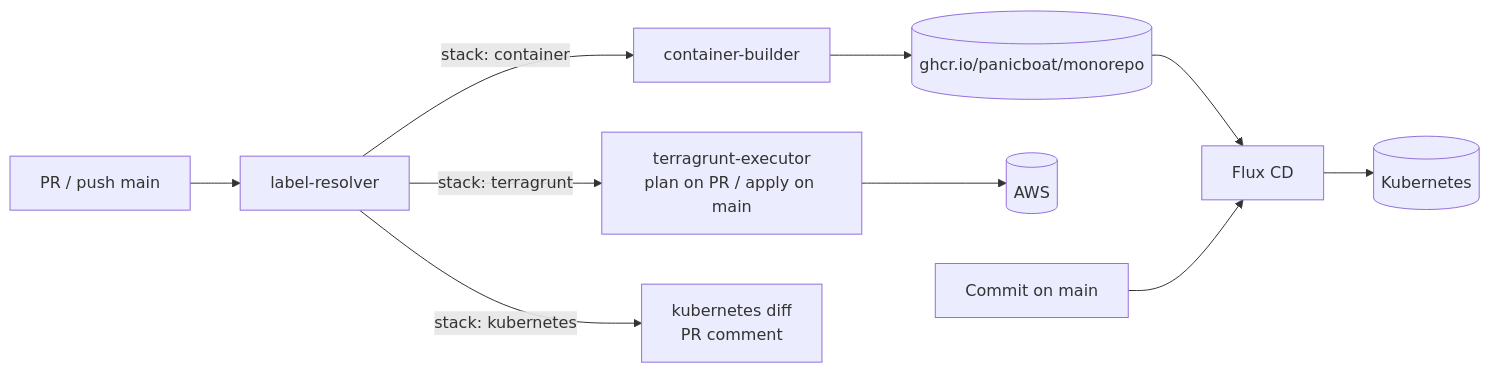
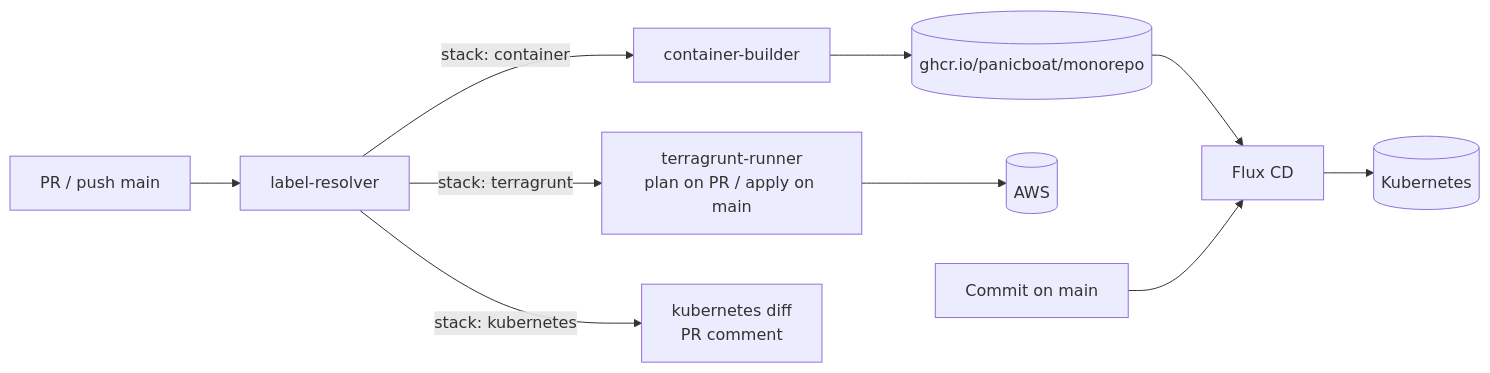
Before and after one commit to panicboat/monorepo: the second of 2 diagrams in README-ja.md, drawn with Mermaid. The commit also changed other lines of this file and 4 other files, not shown here.

Commit message:
ci: rename the terragrunt executor workflow to terragrunt runner (#1745)

````diff
--- a/README-ja.md
+++ b/README-ja.md
@@ -48,12 +48,12 @@
 ```mermaid
 flowchart LR
   PR[PR / push main] --> Resolver[label-resolver]
   Resolver -->|stack: container| Builder[container-builder]
-  Resolver -->|stack: terragrunt| Terragrunt[terragrunt-executor<br/>plan on PR / apply on main]
+  Resolver -->|stack: terragrunt| Terragrunt[terragrunt-runner<br/>plan on PR / apply on main]
   Resolver -->|stack: kubernetes| Diff[kubernetes diff<br/>PR comment]
   Builder --> GHCR[(ghcr.io/panicboat/monorepo)]
   Terragrunt --> AWS[(AWS)]
   GHCR --> Flux[Flux CD]
   Main[Commit on main] --> Flux
   Flux --> K8s[(Kubernetes)]
 ```
````
